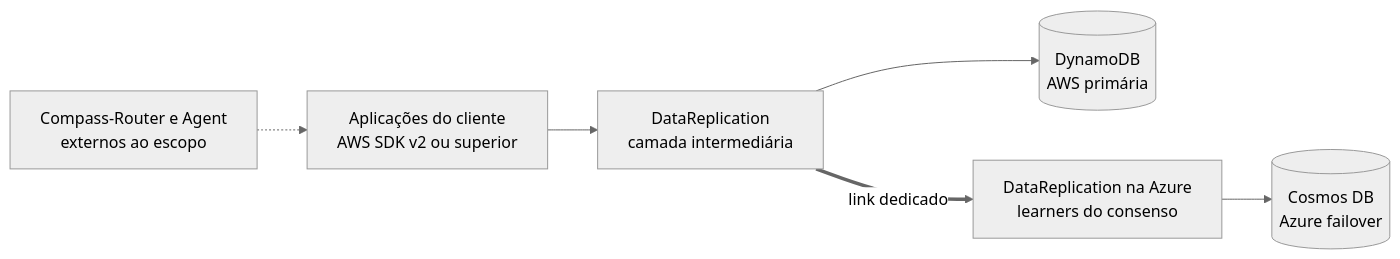
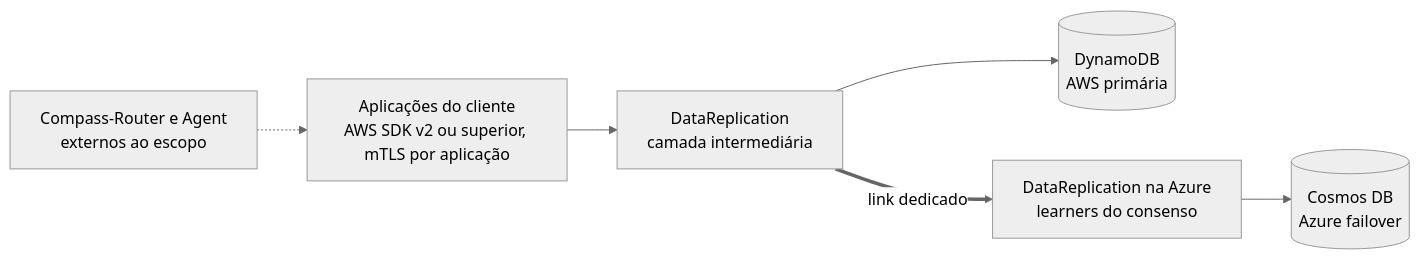
The first of 2 diagrams in 04_diagramas/D01-visao-do-sistema.md (brbarmex/k), drawn with Mermaid (neutral theme) before and after one commit. The commit also changed other lines of this file and 139 other files, not shown here.

First line of the commit message:
Adiciona DataReplication v1: pacote de arquitetura com as decisões da revisão crítica de 13/10

````diff
--- a/04_diagramas/D01-visao-do-sistema.md
+++ b/04_diagramas/D01-visao-do-sistema.md
@@ -9,8 +9,8 @@
 ```mermaid
 flowchart LR
-    APP["Aplicações do cliente<br/>AWS SDK v2 ou superior"] --> DR["DataReplication<br/>camada intermediária"]
+    APP["Aplicações do cliente<br/>AWS SDK v2 ou superior, mTLS por aplicação"] --> DR["DataReplication<br/>camada intermediária"]
     DR --> AWSDB[("DynamoDB<br/>AWS primária")]
     DR ==>|"link dedicado"| AZ["DataReplication na Azure<br/>learners do consenso"]
     AZ --> AZDB[("Cosmos DB<br/>Azure failover")]
     ROUTER["Compass-Router e Agent<br/>externos ao escopo"] -.-> APP
 ```
````
